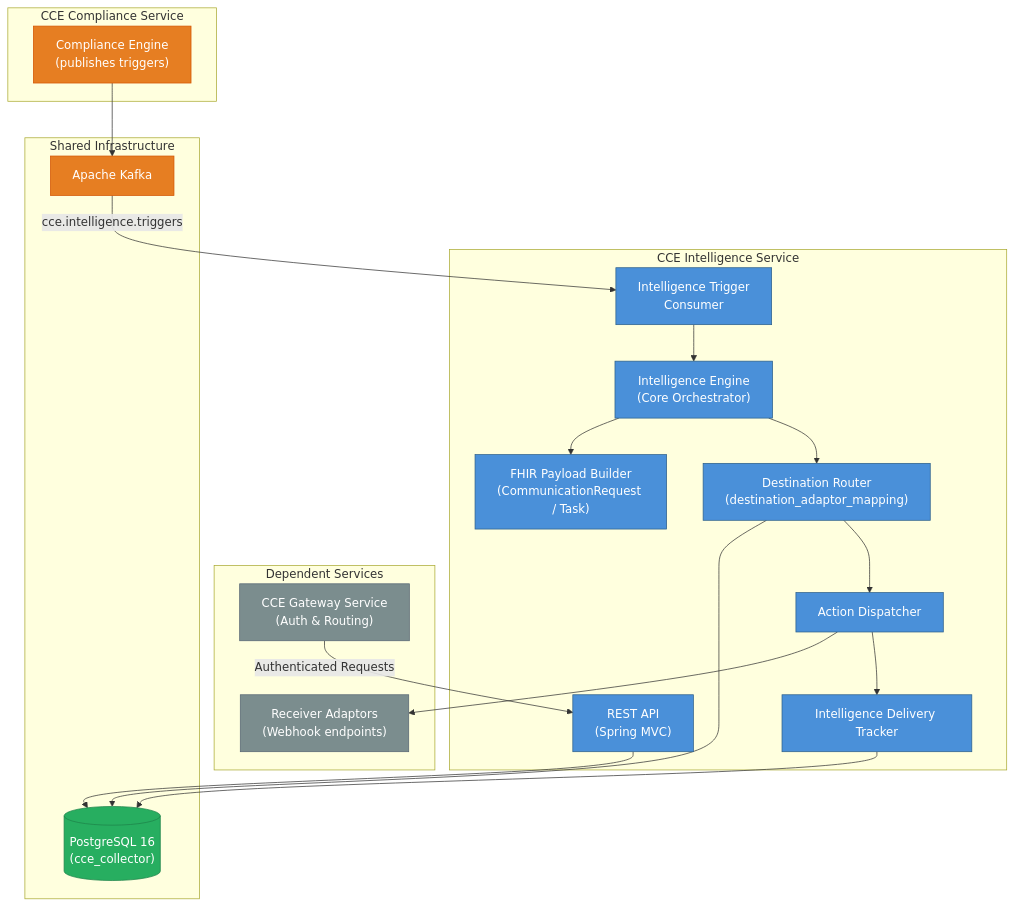
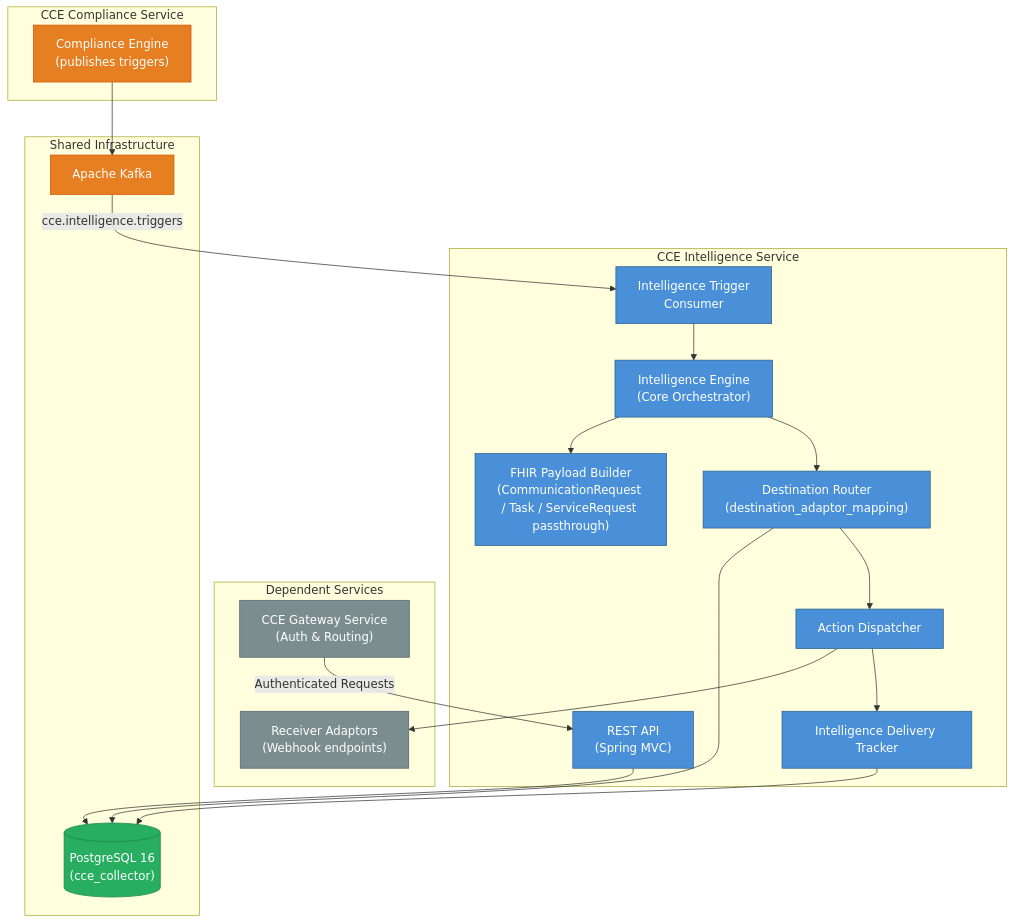
One commit to Jayaprakash8887/cce-intelligence-service changed the first of 6 diagrams in docs/architecture-overview.md. Above: the diagram before and after it, drawn with Mermaid. The commit also changed other lines of this file and 9 other files, not shown here.

Commit message:
feat: Enhance FHIR payload handling to support passthrough of ServiceRequest event payloads and update related documentation

````diff
--- a/docs/architecture-overview.md
+++ b/docs/architecture-overview.md
@@ -9,49 +9,49 @@
 ```mermaid
 graph TB
     subgraph Dependent Services
         GATEWAY["CCE Gateway Service<br/>(Auth & Routing)"]
         RECEIVER_WH["Receiver Adaptors<br/>(Webhook endpoints)"]
     end
 
     subgraph CCE Intelligence Service
         CONSUMER["Intelligence Trigger<br/>Consumer"]
         ENGINE["Intelligence Engine<br/>(Core Orchestrator)"]
-        BUILDER["FHIR Payload Builder<br/>(CommunicationRequest / Task)"]
+        BUILDER["FHIR Payload Builder<br/>(CommunicationRequest / Task / ServiceRequest passthrough)"]
         ROUTER["Destination Router<br/>(destination_adaptor_mapping)"]
         DISPATCHER["Action Dispatcher"]
         TRACKER["Intelligence Delivery Tracker"]
         API["REST API<br/>(Spring MVC)"]
     end
 
     subgraph Shared Infrastructure
         DB[("PostgreSQL 16<br/>(cce_collector)")]
         KAFKA["Apache Kafka"]
     end
 
     subgraph CCE Compliance Service
         COMPLIANCE["Compliance Engine<br/>(publishes triggers)"]
     end
 
     COMPLIANCE --> KAFKA
     KAFKA -->|"cce.intelligence.triggers"| CONSUMER
     CONSUMER --> ENGINE
     ENGINE --> BUILDER
     ENGINE --> ROUTER
     ROUTER --> DB
     ROUTER --> DISPATCHER
     DISPATCHER --> RECEIVER_WH
     DISPATCHER --> TRACKER
     TRACKER --> DB
     API --> DB
     GATEWAY -->|"Authenticated Requests"| API
 
     classDef service fill:#4A90D9,stroke:#2C5F8A,color:white
     classDef external fill:#7B8D8E,stroke:#566573,color:white
     classDef data fill:#27AE60,stroke:#1E8449,color:white
     classDef broker fill:#E67E22,stroke:#D35400,color:white
 
     class CONSUMER,ENGINE,BUILDER,ROUTER,DISPATCHER,TRACKER,API service
     class GATEWAY,RECEIVER_WH external
     class DB data
     class KAFKA,COMPLIANCE broker
 ```
````
